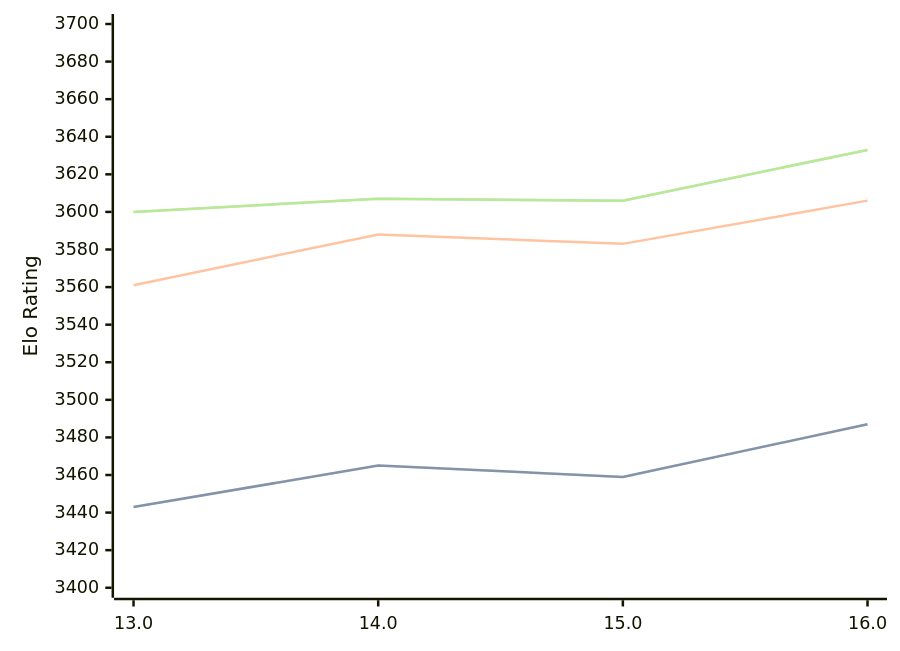
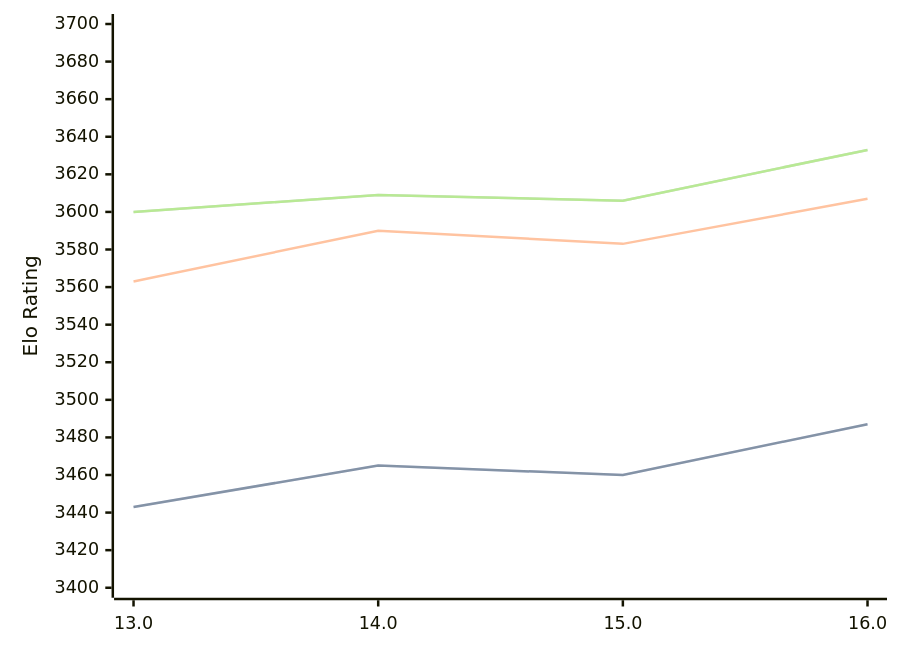
The diagram in engines/Obsidian.md (computer-chess-index/cci), drawn with Mermaid before and after one commit. The commit also changed other lines of this file, not shown here.

Commit message:
Update CCI Ratings (ELO VLTC) - 2026-05-17

````diff
--- a/engines/Obsidian.md
+++ b/engines/Obsidian.md
@@ -43,11 +43,11 @@
 ```mermaid
 %%{init: {"theme":"base","themeVariables":{"seriesColors:['#a3a3a3','#222221','#faa371']}}}%%
 xychart-beta
   x-axis ["13.0", "14.0", "15.0", "16.0"]
   y-axis "Elo Rating" 3400 --> 3700
-  line "STC (8.0+0.08s)" [3443, 3465, 3459, 3487]
-  line "STC (8.0+0.08s)" [3443, 3465, 3459, 3487]
-  line "LTC (60.0+0.60s)" [3561, 3588, 3583, 3606]
-  line "VLTC (2m24s+1.12s)" [3600, 3607, 3606, 3633]
-  line "VLTC (2m24s+1.12s)" [3600, 3607, 3606, 3633]
+  line "STC (8.0+0.08s)" [3443, 3465, 3460, 3487]
+  line "STC (8.0+0.08s)" [3443, 3465, 3460, 3487]
+  line "LTC (60.0+0.60s)" [3563, 3590, 3583, 3607]
+  line "VLTC (2m24s+1.12s)" [3600, 3609, 3606, 3633]
+  line "VLTC (2m24s+1.12s)" [3600, 3609, 3606, 3633]
 ```
````
